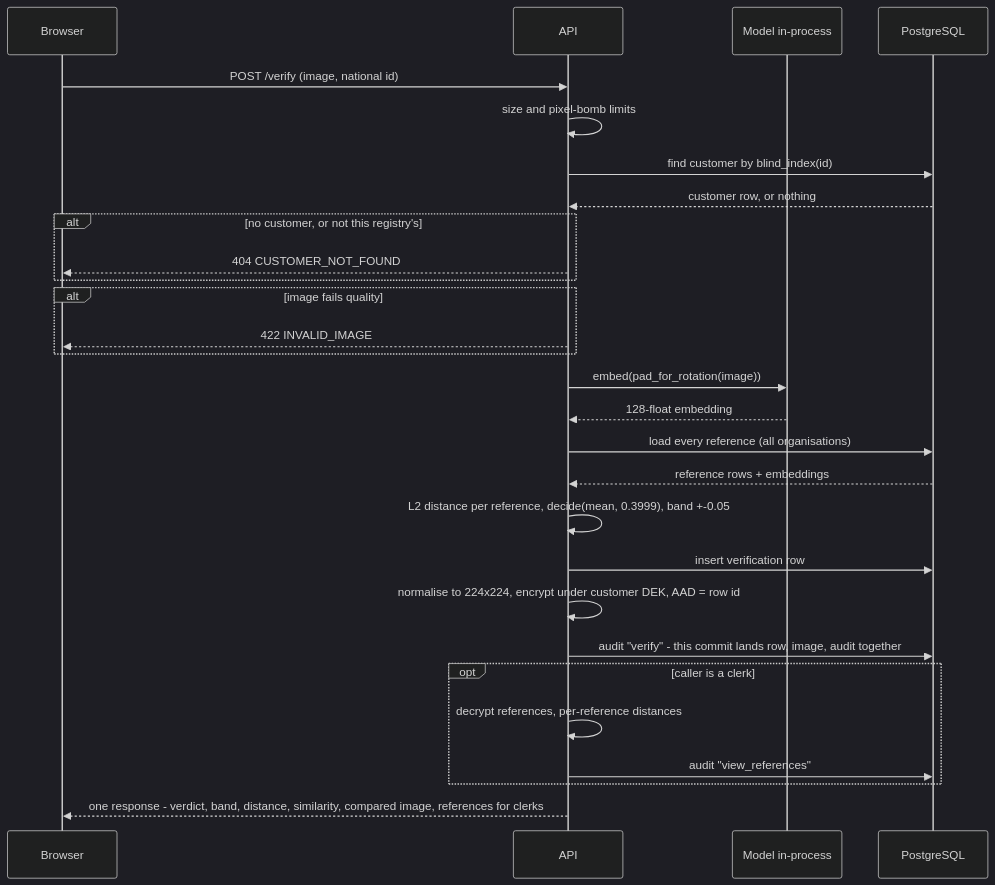
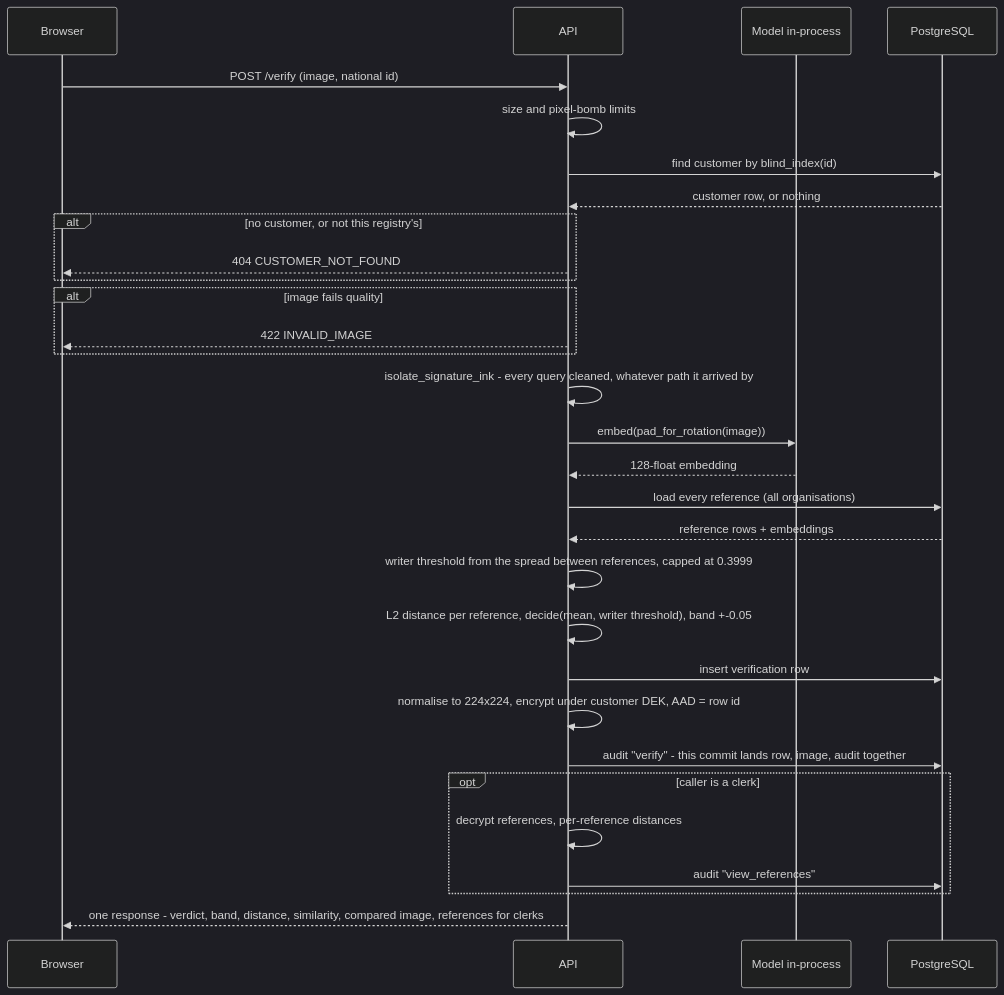
Before and after one commit to raz34900/SecureSign: the fourth of 7 diagrams in ARCHITECTURE.md, drawn with Mermaid (dark theme). The commit also changed other lines of this file and 2 other files, not shown here.

Commit message:
docs: describe the writer-adaptive threshold and uniform preparation

````diff
--- a/ARCHITECTURE.md
+++ b/ARCHITECTURE.md
@@ -169,30 +173,32 @@
 ```mermaid
 sequenceDiagram
     participant B as Browser
     participant A as API
     participant M as Model in-process
     participant D as PostgreSQL
     B->>A: POST /verify (image, national id)
     A->>A: size and pixel-bomb limits
     A->>D: find customer by blind_index(id)
     D-->>A: customer row, or nothing
     alt no customer, or not this registry's
         A-->>B: 404 CUSTOMER_NOT_FOUND
     end
     alt image fails quality
         A-->>B: 422 INVALID_IMAGE
     end
+    A->>A: isolate_signature_ink - every query cleaned, whatever path it arrived by
     A->>M: embed(pad_for_rotation(image))
     M-->>A: 128-float embedding
     A->>D: load every reference (all organisations)
     D-->>A: reference rows + embeddings
-    A->>A: L2 distance per reference, decide(mean, 0.3999), band +-0.05
+    A->>A: writer threshold from the spread between references, capped at 0.3999
+    A->>A: L2 distance per reference, decide(mean, writer threshold), band +-0.05
     A->>D: insert verification row
     A->>A: normalise to 224x224, encrypt under customer DEK, AAD = row id
     A->>D: audit "verify" - this commit lands row, image, audit together
     opt caller is a clerk
         A->>A: decrypt references, per-reference distances
         A->>D: audit "view_references"
     end
     A-->>B: one response - verdict, band, distance, similarity, compared image, references for clerks
 ```
````
